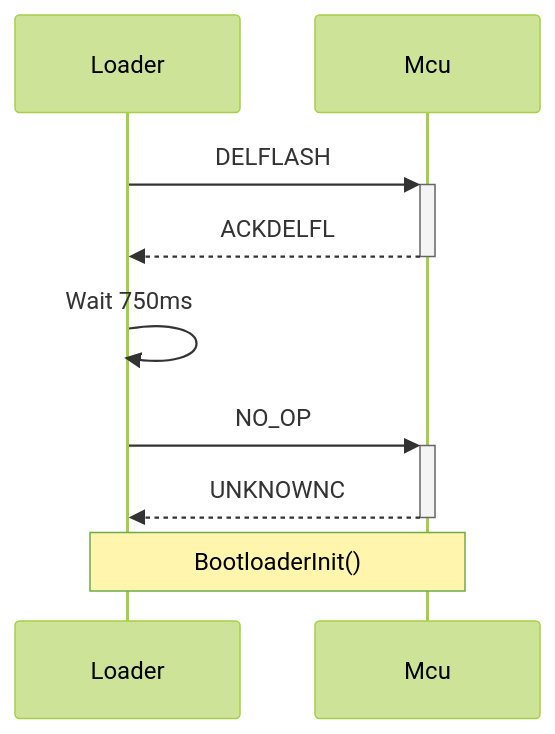
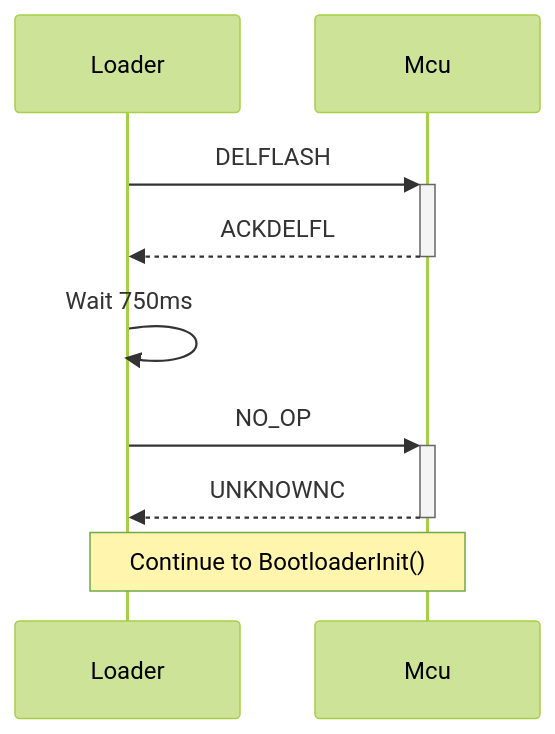
One commit to prandeamus/timonel-py changed the first of 6 diagrams in Protocol.md. Above: the diagram before and after it, drawn with Mermaid (forest theme). The commit also changed other lines of this file, not shown here.

````diff
--- a/Protocol.md
+++ b/Protocol.md
@@ -27,11 +30,11 @@
 ```mermaid
 sequenceDiagram
     participant L as Loader
     participant M as Mcu
     L->>+M: DELFLASH
     M-->>-L: ACKDELFL
     L->>L: Wait 750ms
     L->>+M: NO_OP
     M-->>-L: UNKNOWNC
-    Note over L,M: BootloaderInit()
+    Note over L,M: Continue to BootloaderInit()
 ```
````
